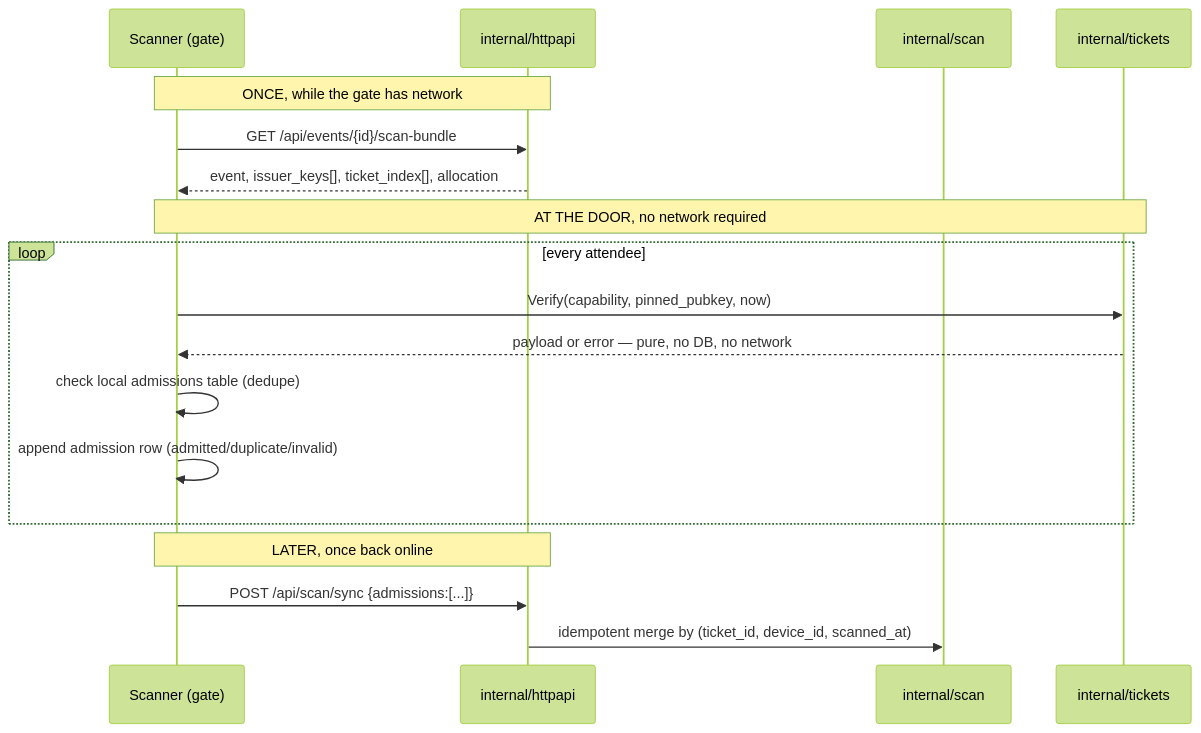
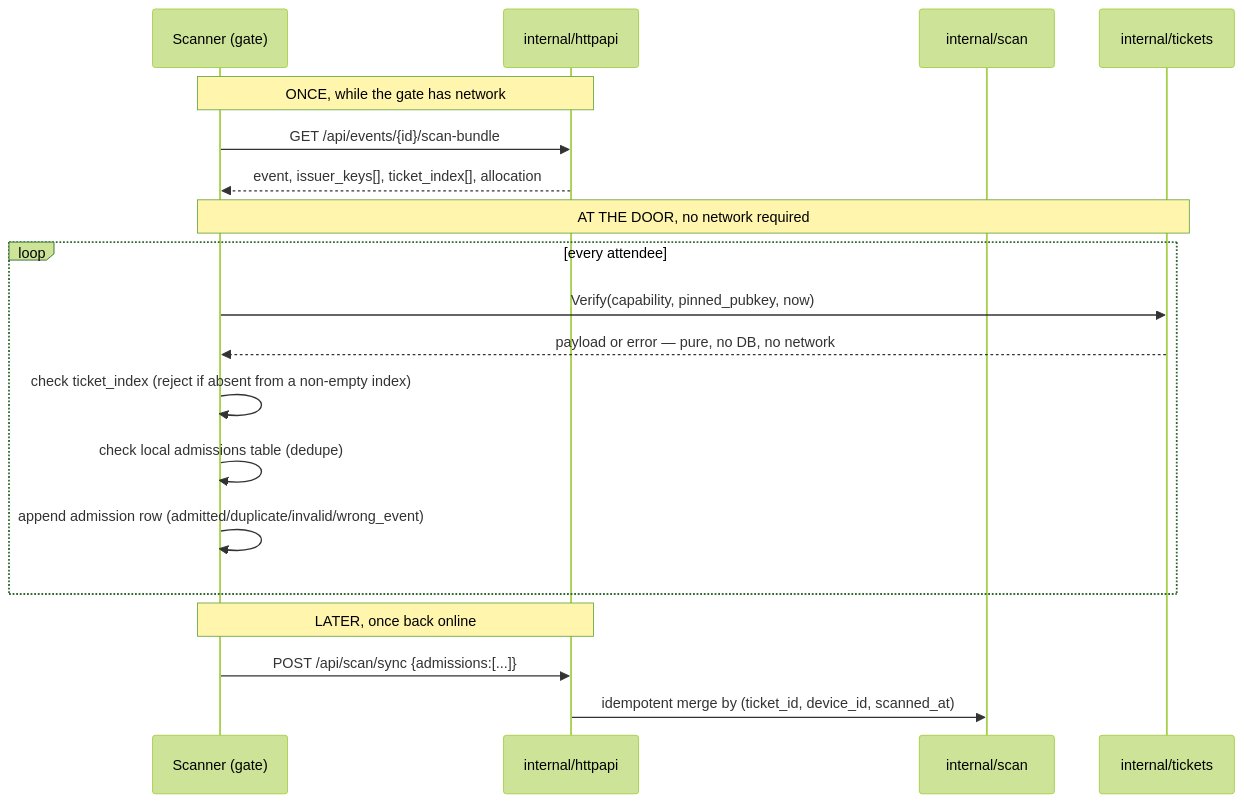
One commit to vul-os/cackle changed the second of 3 diagrams in site/docs/architecture.md. Above: the diagram before and after it, drawn with Mermaid (forest theme). The commit also changed other lines of this file and 101 other files, not shown here.

````diff
--- a/site/docs/architecture.md
+++ b/site/docs/architecture.md
@@ -76,23 +76,24 @@
 ```mermaid
 sequenceDiagram
     participant Gate as Scanner (gate)
     participant API as internal/httpapi
     participant Scan as internal/scan
     participant Tickets as internal/tickets
 
     Note over Gate,API: ONCE, while the gate has network
     Gate->>API: GET /api/events/{id}/scan-bundle
     API-->>Gate: event, issuer_keys[], ticket_index[], allocation
 
     Note over Gate,Tickets: AT THE DOOR, no network required
     loop every attendee
         Gate->>Tickets: Verify(capability, pinned_pubkey, now)
         Tickets-->>Gate: payload or error — pure, no DB, no network
+        Gate->>Gate: check ticket_index (reject if absent from a non-empty index)
         Gate->>Gate: check local admissions table (dedupe)
-        Gate->>Gate: append admission row (admitted/duplicate/invalid)
+        Gate->>Gate: append admission row (admitted/duplicate/invalid/wrong_event)
     end
 
     Note over Gate,API: LATER, once back online
     Gate->>API: POST /api/scan/sync {admissions:[...]}
     API->>Scan: idempotent merge by (ticket_id, device_id, scanned_at)
 ```
````
